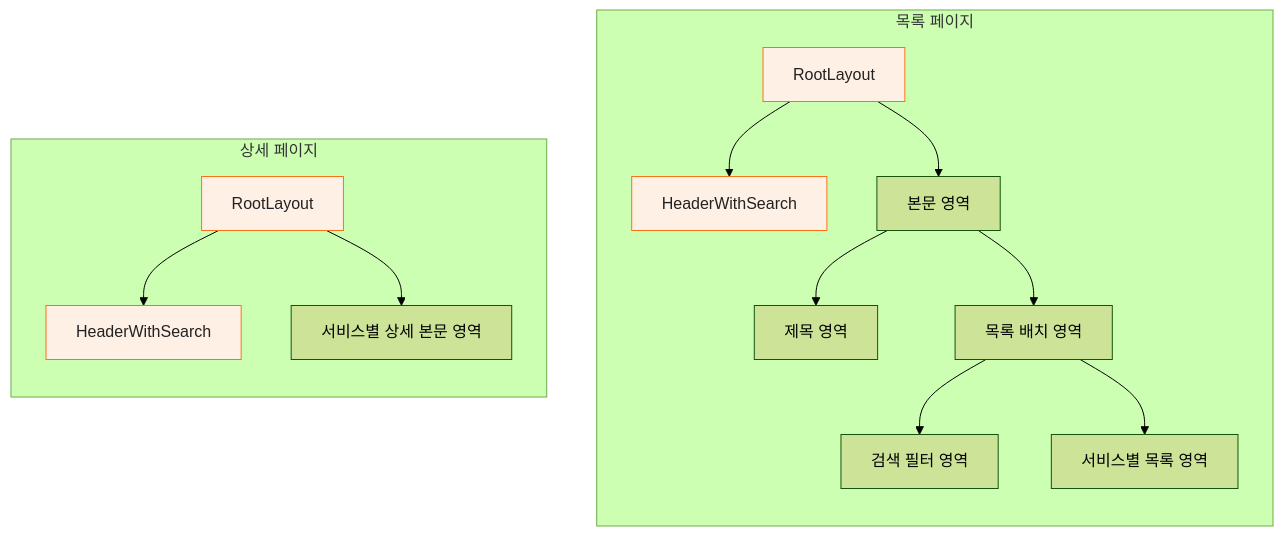
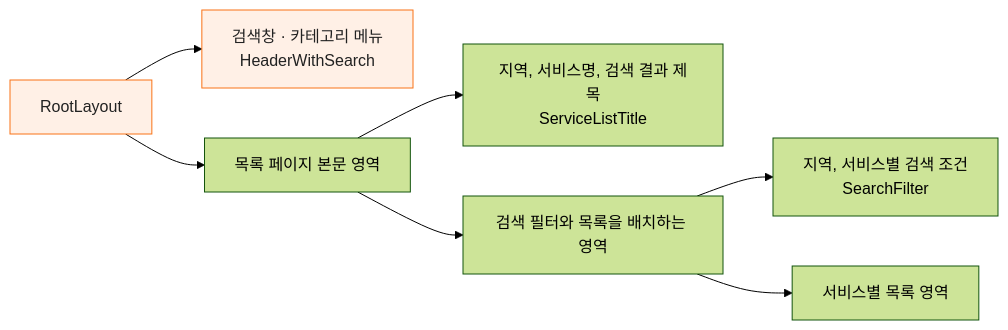
One commit to doitdso753/carrot-client-clone changed the first of 3 diagrams in README.md. Above: the diagram before and after it, drawn with Mermaid (forest theme). The commit also changed other lines of this file, not shown here.

Commit message:
feat: README.md 레이아웃 구조 문구 수정

````diff
--- a/README.md
+++ b/README.md
@@ -56,33 +60,12 @@
 ```mermaid
-flowchart TB
-    subgraph List["목록 페이지"]
-        direction TB
-        LRoot["RootLayout"]
-        LHeader["HeaderWithSearch"]
-        LMain["본문 영역"]
-        LTitle["제목 영역"]
-        LBody["목록 배치 영역"]
-        LFilter["검색 필터 영역"]
-        LItems["서비스별 목록 영역"]
-
-        LRoot --> LHeader
-        LRoot --> LMain
-        LMain --> LTitle
-        LMain --> LBody
-        LBody --> LFilter
-        LBody --> LItems
-    end
-
-    subgraph Detail["상세 페이지"]
-        direction TB
-        DRoot["RootLayout"]
-        DHeader["HeaderWithSearch"]
-        DMain["서비스별 상세 본문 영역"]
-
-        DRoot --> DHeader
-        DRoot --> DMain
-    end
+flowchart LR
+    Root["RootLayout"] --> Header["검색창 · 카테고리 메뉴<br/>HeaderWithSearch"]
+    Root --> Main["목록 페이지 본문 영역"]
+    Main --> Title["지역, 서비스명, 검색 결과 제목<br/>ServiceListTitle"]
+    Main --> Body["검색 필터와 목록을 배치하는 영역"]
+    Body --> Filter["지역, 서비스별 검색 조건<br/>SearchFilter"]
+    Body --> Items["서비스별 목록 영역"]
 
     classDef shared fill:#fff0e6,stroke:#f97316,color:#222
-    class LRoot,LHeader,DRoot,DHeader shared
+    class Root,Header shared
 ```
````
